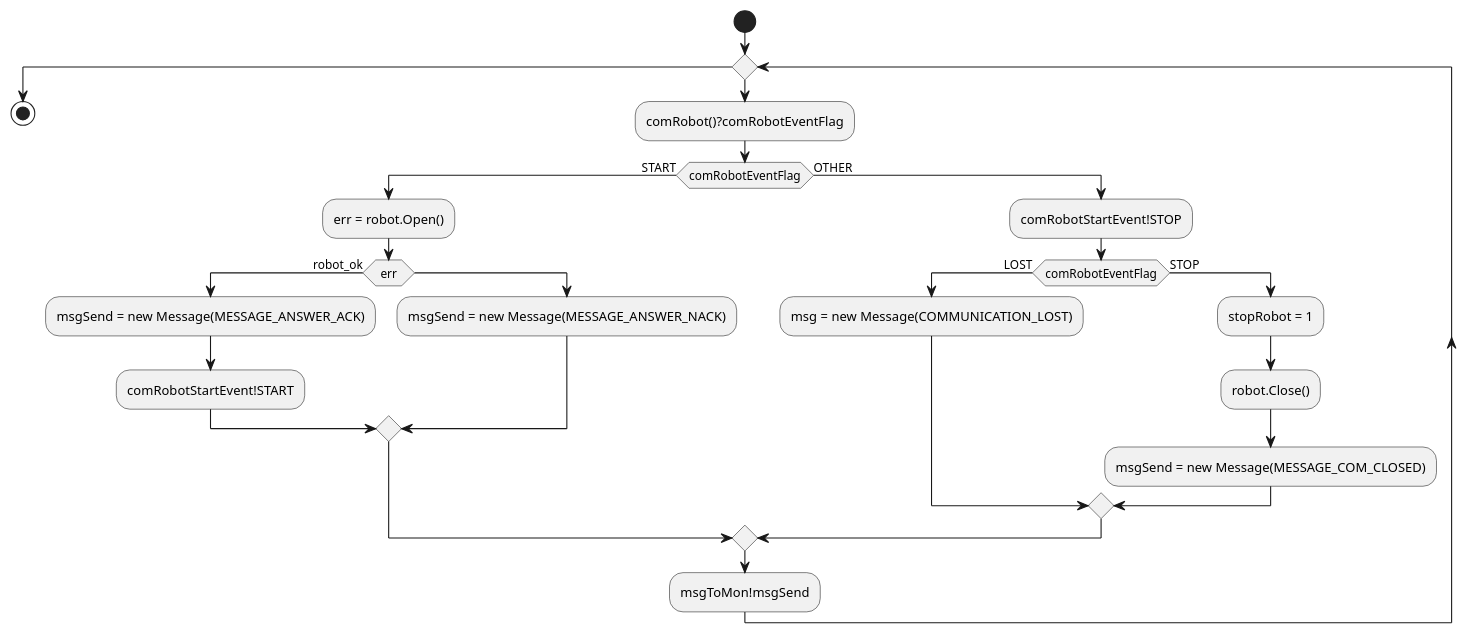
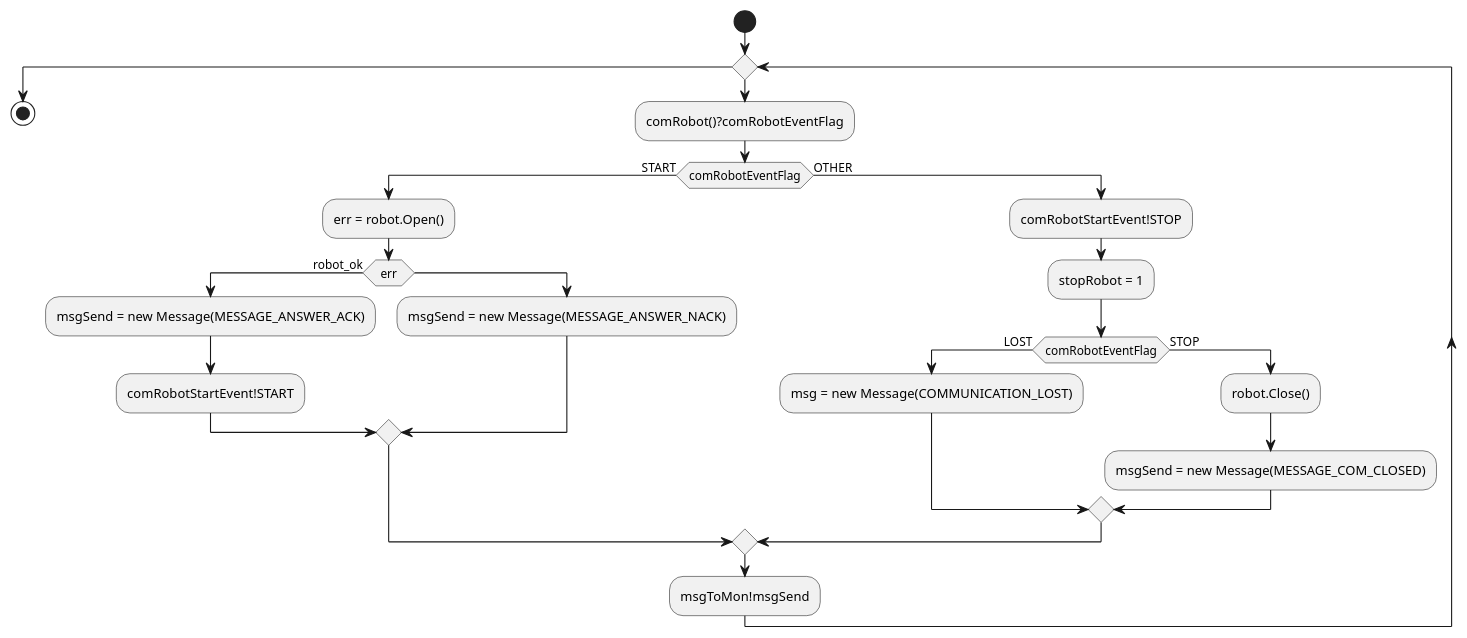
Before and after one commit to Bobillot/BE_Temps_Reel: the diagram in diags/th_com_robot.puml, drawn with PlantUML. The commit also changed 2 other files, not shown here.

```diff
--- a/diags/th_com_robot.puml
+++ b/diags/th_com_robot.puml
@@ -1,33 +1,34 @@
 @startuml th_com_robot
 
 skinparam monochrome true
 
 start
 
 while  ( )
     :comRobot()?comRobotEventFlag;
     if (comRobotEventFlag) then (START)
         :err = robot.Open();
         if (err) then (robot_ok)
             :msgSend = new Message(MESSAGE_ANSWER_ACK);
             :comRobotStartEvent!START;
         else
             :msgSend = new Message(MESSAGE_ANSWER_NACK);
         endif
 
     else (OTHER)
         :comRobotStartEvent!STOP;
+        :stopRobot = 1;
         if (comRobotEventFlag) then (LOST) 
             :msg = new Message(COMMUNICATION_LOST);
         else (STOP)
-            :stopRobot = 1;
+            
             :robot.Close();
             :msgSend = new Message(MESSAGE_COM_CLOSED);
 
             'Check message type
         endif
     endif
     :msgToMon!msgSend;
 endwhile
 stop
 @enduml
```
